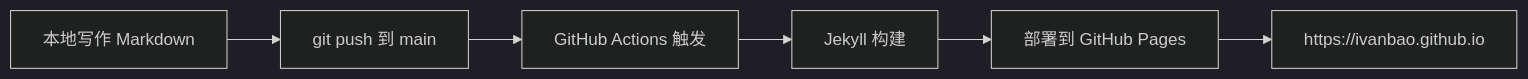
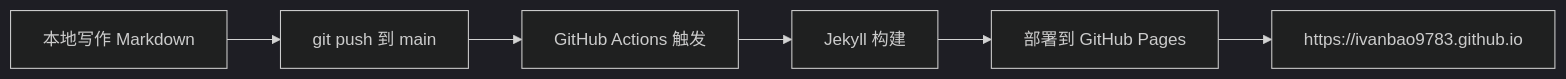
Before and after one commit to ivanbao9783/ivanbao9783.github.io: the diagram in _posts/2026-08-19-welcome-to-jekyll.md, drawn with Mermaid (dark theme). The commit also changed 2 other files, not shown here.

Commit message:
config: correct url and GitHub username to ivanbao9783
仓库已重命名为 ivanbao9783.github.io，同步修正 _config.yml 的 url、github.username、social links，以及 about.md 和示例文章中的域名/账号引用。

````diff
--- a/_posts/2026-08-19-welcome-to-jekyll.md
+++ b/_posts/2026-08-19-welcome-to-jekyll.md
@@ -26,8 +26,8 @@
 ```mermaid
 flowchart LR
     A[本地写作 Markdown] --> B[git push 到 main]
     B --> C[GitHub Actions 触发]
     C --> D[Jekyll 构建]
     D --> E[部署到 GitHub Pages]
-    E --> F[https://ivanbao.github.io]
+    E --> F[https://ivanbao9783.github.io]
 ```
````
